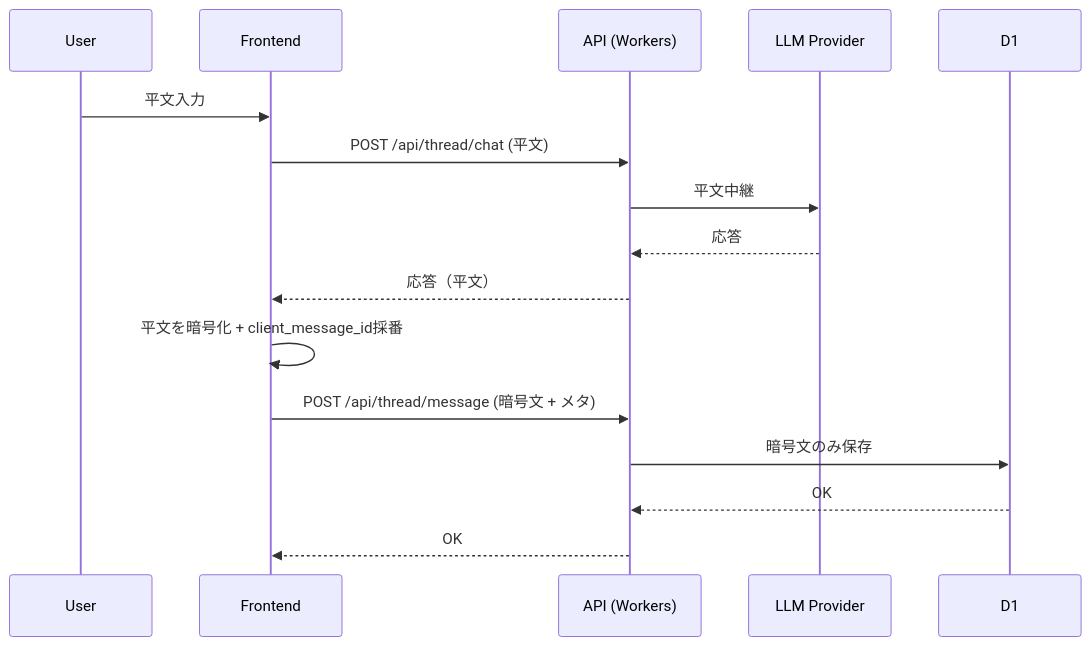
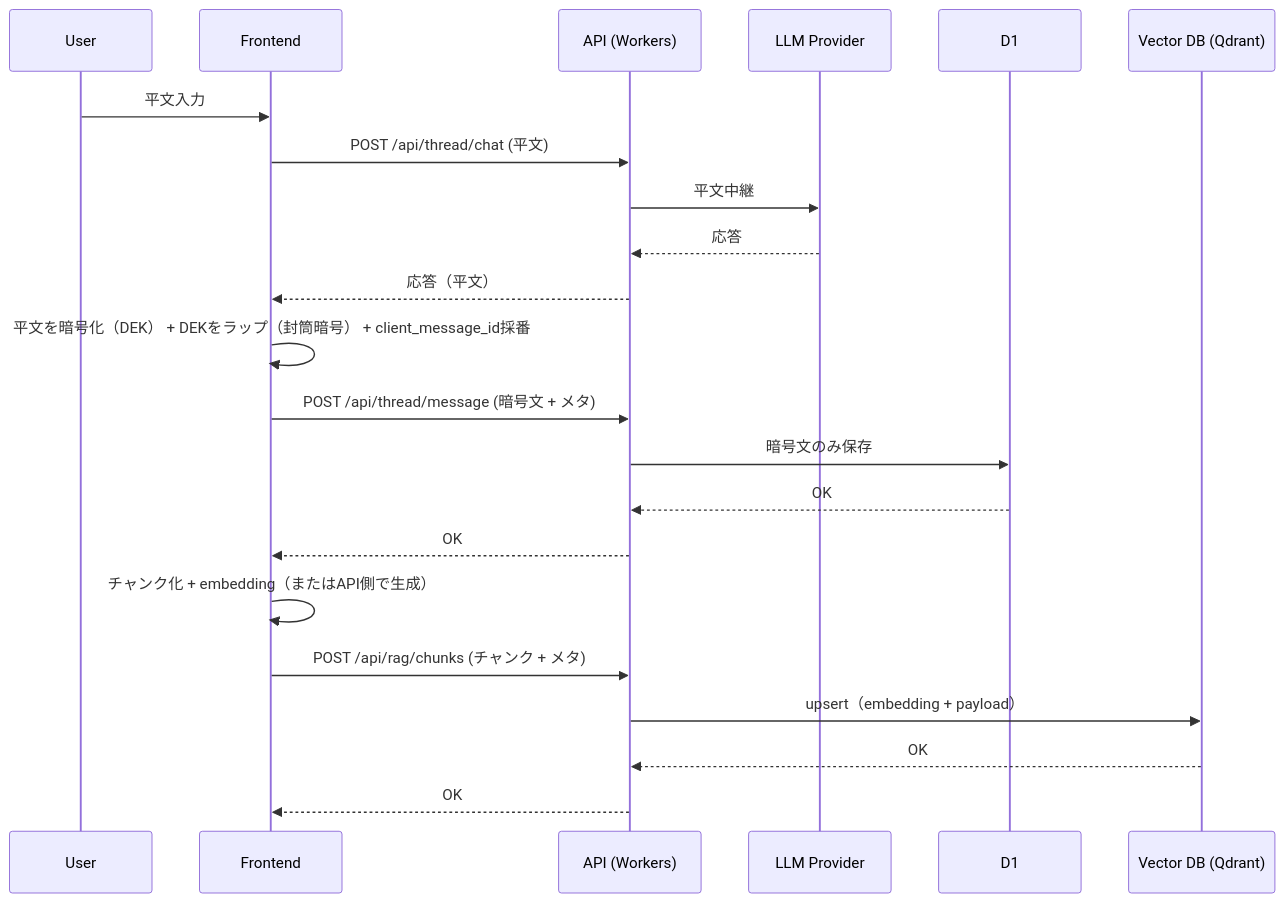
One commit to fractal-filix/shadowwork-navigator changed the second of 2 diagrams in apps/api/documents/基本設計書/10_アーキテクチャ.md. Above: the diagram before and after it, drawn with Mermaid. The commit also changed other lines of this file and 4 other files, not shown here.

````diff
--- a/apps/api/documents/基本設計書/10_アーキテクチャ.md
+++ b/apps/api/documents/基本設計書/10_アーキテクチャ.md
@@ -95,20 +116,27 @@
 ```mermaid
 sequenceDiagram
   participant U as User
   participant F as Frontend
   participant A as API (Workers)
   participant L as LLM Provider
   participant D as D1
+  participant V as Vector DB (Qdrant)
 
   U->>F: 平文入力
   F->>A: POST /api/thread/chat (平文)
   A->>L: 平文中継
   L-->>A: 応答
   A-->>F: 応答（平文）
 
-  F->>F: 平文を暗号化 + client_message_id採番
+  F->>F: 平文を暗号化（DEK） + DEKをラップ（封筒暗号） + client_message_id採番
   F->>A: POST /api/thread/message (暗号文 + メタ)
   A->>D: 暗号文のみ保存
   D-->>A: OK
   A-->>F: OK
+
+  F->>F: チャンク化 + embedding（またはAPI側で生成）
+  F->>A: POST /api/rag/chunks (チャンク + メタ)
+  A->>V: upsert（embedding + payload）
+  V-->>A: OK
+  A-->>F: OK
 ```
````
